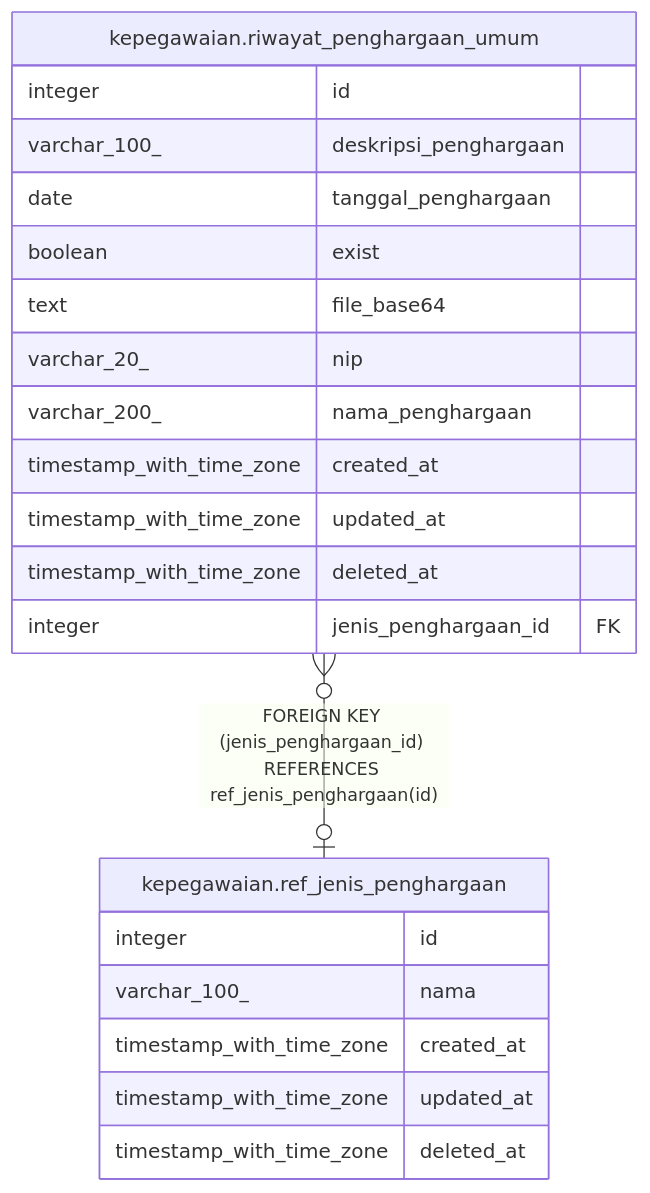
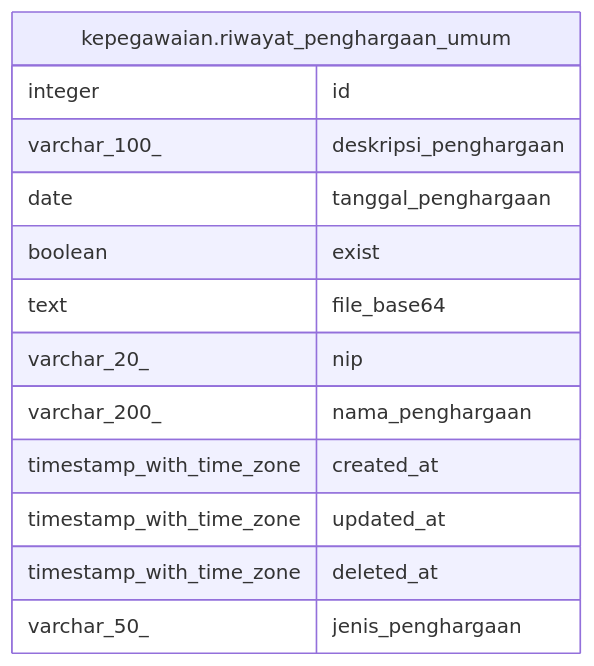
Before and after one commit to nandanugg/triforce.nvim: the diagram in services/kepegawaian/docs/db/kepegawaian.riwayat_penghargaan_umum.md, drawn with Mermaid. The commit also changed other lines of this file and 16 other files, not shown here.

Commit message:
Rename Jenis Penghargaan on Penghargaan Umum

````diff
--- a/services/kepegawaian/docs/db/kepegawaian.riwayat_penghargaan_umum.md
+++ b/services/kepegawaian/docs/db/kepegawaian.riwayat_penghargaan_umum.md
@@ -38,26 +37,18 @@
 ```mermaid
 erDiagram
 
-"kepegawaian.riwayat_penghargaan_umum" }o--o| "kepegawaian.ref_jenis_penghargaan" : "FOREIGN KEY (jenis_penghargaan_id) REFERENCES ref_jenis_penghargaan(id)"
 
 "kepegawaian.riwayat_penghargaan_umum" {
   integer id
   varchar_100_ deskripsi_penghargaan
   date tanggal_penghargaan
   boolean exist
   text file_base64
   varchar_20_ nip
   varchar_200_ nama_penghargaan
   timestamp_with_time_zone created_at
   timestamp_with_time_zone updated_at
   timestamp_with_time_zone deleted_at
-  integer jenis_penghargaan_id FK
-}
-"kepegawaian.ref_jenis_penghargaan" {
-  integer id
-  varchar_100_ nama
-  timestamp_with_time_zone created_at
-  timestamp_with_time_zone updated_at
-  timestamp_with_time_zone deleted_at
+  varchar_50_ jenis_penghargaan
 }
 ```
````
